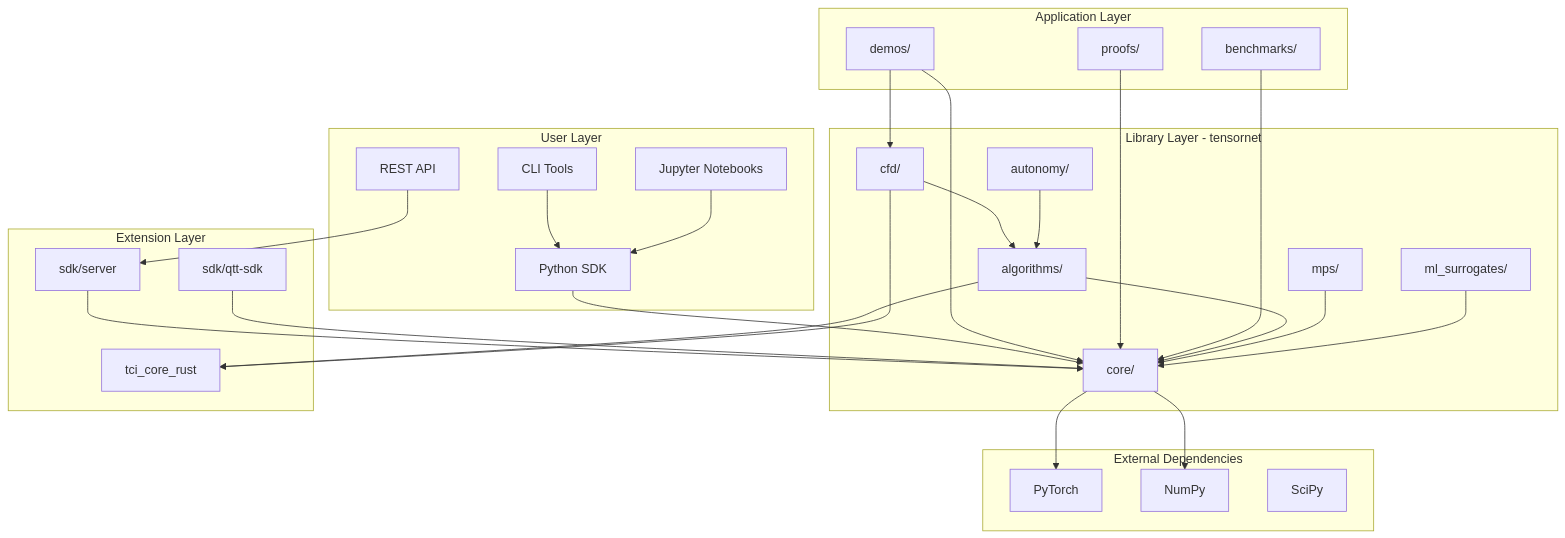
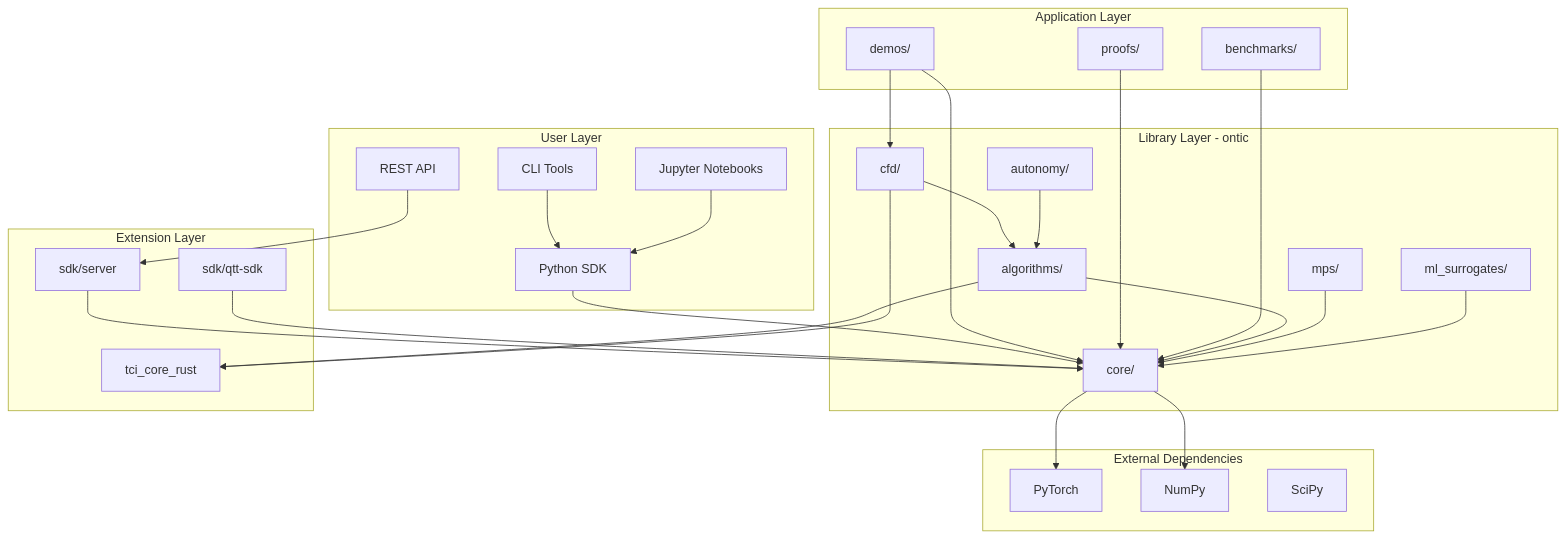
One commit to tigantic/physics-os changed the first of 8 diagrams in docs/architecture/ARCHITECTURE_GUIDE.md. Above: the diagram before and after it, drawn with Mermaid. The commit also changed 593 other files, not shown here.

````diff
--- a/docs/architecture/ARCHITECTURE_GUIDE.md
+++ b/docs/architecture/ARCHITECTURE_GUIDE.md
@@ -19,60 +19,60 @@
 ```mermaid
 graph TB
     subgraph "User Layer"
         CLI[CLI Tools]
         API[REST API]
         SDK[Python SDK]
         NB[Jupyter Notebooks]
     end
     
     subgraph "Application Layer"
         DEMOS[demos/]
         PROOFS[proofs/]
         BENCH[benchmarks/]
     end
     
-    subgraph "Library Layer - tensornet"
+    subgraph "Library Layer - ontic"
         CORE[core/]
         ALGO[algorithms/]
         CFD[cfd/]
         MPS[mps/]
         ML[ml_surrogates/]
         AUTO[autonomy/]
     end
     
     subgraph "Extension Layer"
         RUST[tci_core_rust]
         SERVER[sdk/server]
         QTT_SDK[sdk/qtt-sdk]
     end
     
     subgraph "External Dependencies"
         TORCH[PyTorch]
         NUMPY[NumPy]
         SCIPY[SciPy]
     end
     
     CLI --> SDK
     API --> SERVER
     SDK --> CORE
     NB --> SDK
     
     DEMOS --> CORE
     DEMOS --> CFD
     PROOFS --> CORE
     BENCH --> CORE
     
     CORE --> TORCH
     CORE --> NUMPY
     ALGO --> CORE
     CFD --> ALGO
     MPS --> CORE
     ML --> CORE
     AUTO --> ALGO
     
     ALGO --> RUST
     CFD --> RUST
     
     SERVER --> CORE
     QTT_SDK --> CORE
 ```
````
